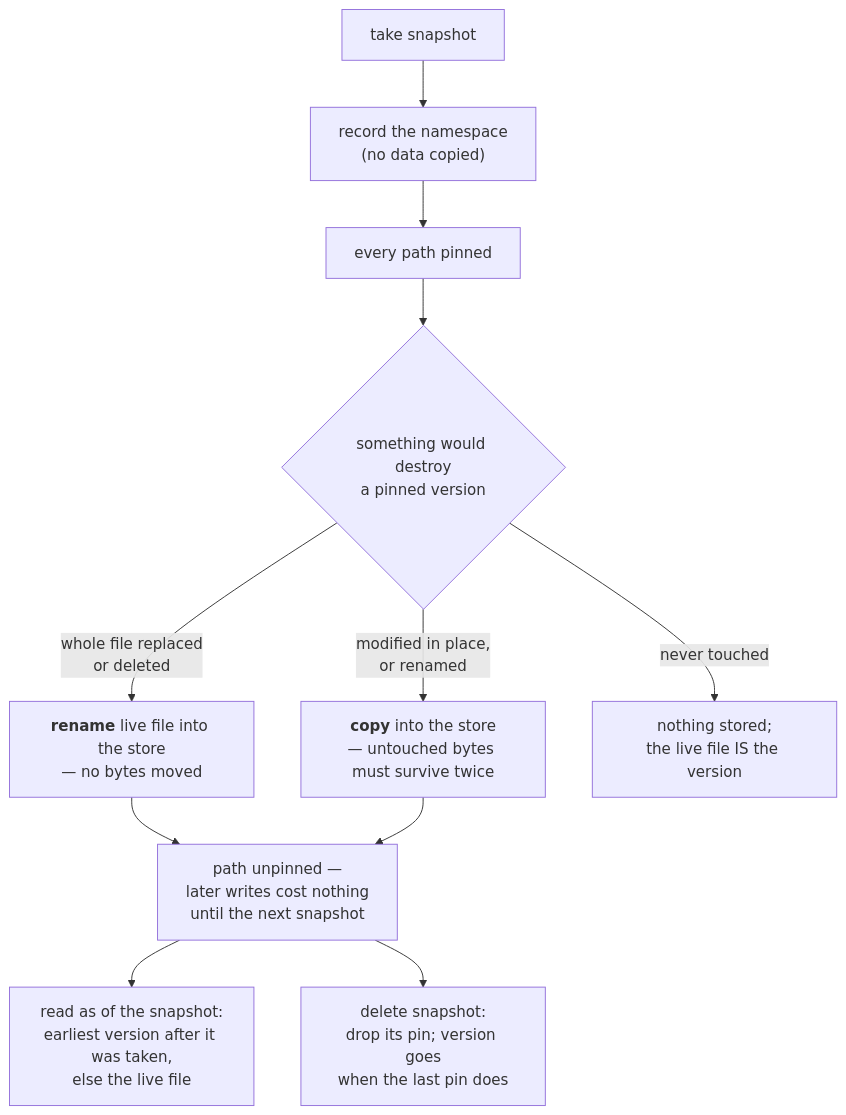
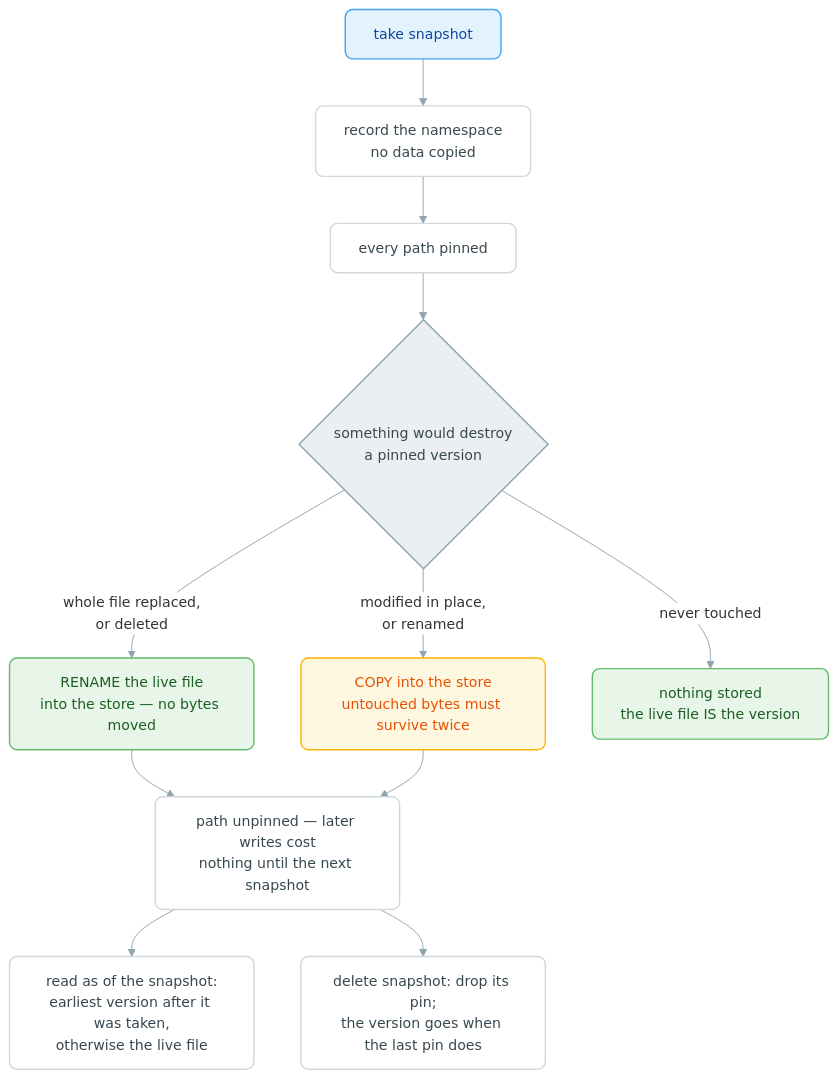
The seventh of 7 diagrams in README.md (Hawkynt/DriveBenderUtility), drawn with Mermaid before and after one commit. The commit also changed other lines of this file and 1 other file, not shown here.

First line of the commit message:
* the diagrams looked like 2014: Material palette, rounded cards, semantic colour (#40)

````diff
--- a/README.md
+++ b/README.md
@@ -222,16 +290,30 @@
 ```mermaid
+%%{init: {"theme":"base","themeVariables":{"fontSize":"15px","lineColor":"#90A4AE","textColor":"#37474F","clusterBkg":"#FAFAFA","clusterBorder":"#E0E0E0","edgeLabelBackground":"#FFFFFF"}}}%%
 flowchart TD
-    T["take snapshot"] --> Idx["record the namespace<br/>(no data copied)"]
+    T["take snapshot"] --> Idx["record the namespace<br/>no data copied"]
     Idx --> Pin["every path pinned"]
 
     Pin --> Ev{"something would destroy<br/>a pinned version"}
-    Ev -- "whole file replaced<br/>or deleted" --> Ren["<b>rename</b> live file into the store<br/>— no bytes moved"]
-    Ev -- "modified in place,<br/>or renamed" --> Cop["<b>copy</b> into the store<br/>— untouched bytes must survive twice"]
-    Ev -- "never touched" --> None["nothing stored;<br/>the live file IS the version"]
+    Ev -- "whole file replaced,<br/>or deleted" --> Ren["RENAME the live file<br/>into the store — no bytes moved"]
+    Ev -- "modified in place,<br/>or renamed" --> Cop["COPY into the store<br/>untouched bytes must survive twice"]
+    Ev -- "never touched" --> None["nothing stored<br/>the live file IS the version"]
 
-    Ren --> Un["path unpinned —<br/>later writes cost nothing<br/>until the next snapshot"]
+    Ren --> Un["path unpinned — later writes cost<br/>nothing until the next snapshot"]
     Cop --> Un
 
-    Un --> Rd["read as of the snapshot:<br/>earliest version after it was taken,<br/>else the live file"]
-    Un --> Dl["delete snapshot:<br/>drop its pin; version goes<br/>when the last pin does"]
+    Un --> Rd["read as of the snapshot:<br/>earliest version after it was taken,<br/>otherwise the live file"]
+    Un --> Dl["delete snapshot: drop its pin;<br/>the version goes when the last pin does"]
+
+    classDef primary fill:#E3F2FD,stroke:#42A5F5,stroke-width:1.5px,color:#0D47A1,rx:8,ry:8
+    classDef surface fill:#FFFFFF,stroke:#CFD8DC,stroke-width:1.5px,color:#37474F,rx:8,ry:8
+    classDef store fill:#E8F5E9,stroke:#66BB6A,stroke-width:1.5px,color:#1B5E20,rx:8,ry:8
+    classDef warn fill:#FFF8E1,stroke:#FFB300,stroke-width:1.5px,color:#E65100,rx:8,ry:8
+    classDef danger fill:#FFEBEE,stroke:#EF5350,stroke-width:1.5px,color:#B71C1C,rx:8,ry:8
+    classDef accent fill:#EDE7F6,stroke:#7E57C2,stroke-width:1.5px,color:#4527A0,rx:8,ry:8
+    classDef decision fill:#ECEFF1,stroke:#90A4AE,stroke-width:1.5px,color:#37474F
+    class T primary
+    class Ev decision
+    class Ren,None store
+    class Cop warn
+    class Idx,Pin,Un,Rd,Dl surface
 ```
````
